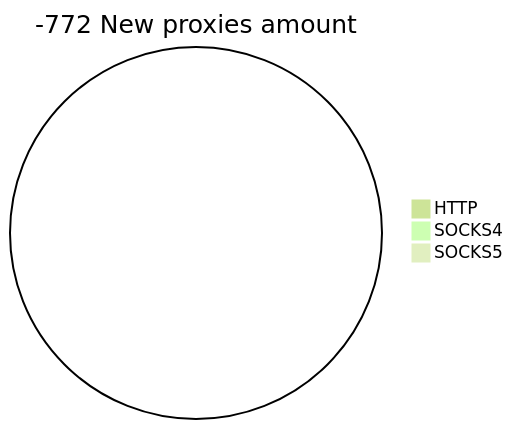
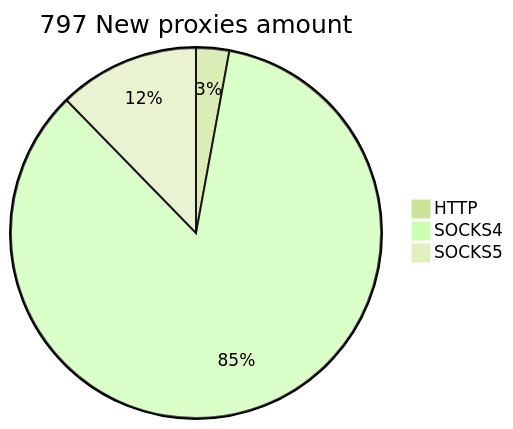
Before and after one commit to cutipu/proxylist: the second of 2 diagrams in README.md, drawn with Mermaid (forest theme). The commit also changed other lines of this file, not shown here.

````diff
--- a/README.md
+++ b/README.md
@@ -10,6 +10,6 @@
 ```mermaid
-pie title -772 New proxies amount
-    "HTTP" : 0
-    "SOCKS4" : 0
-    "SOCKS5" : 0
+pie title 797 New proxies amount
+    "HTTP" : 23
+    "SOCKS4" : 676
+    "SOCKS5" : 98
 ```
````
